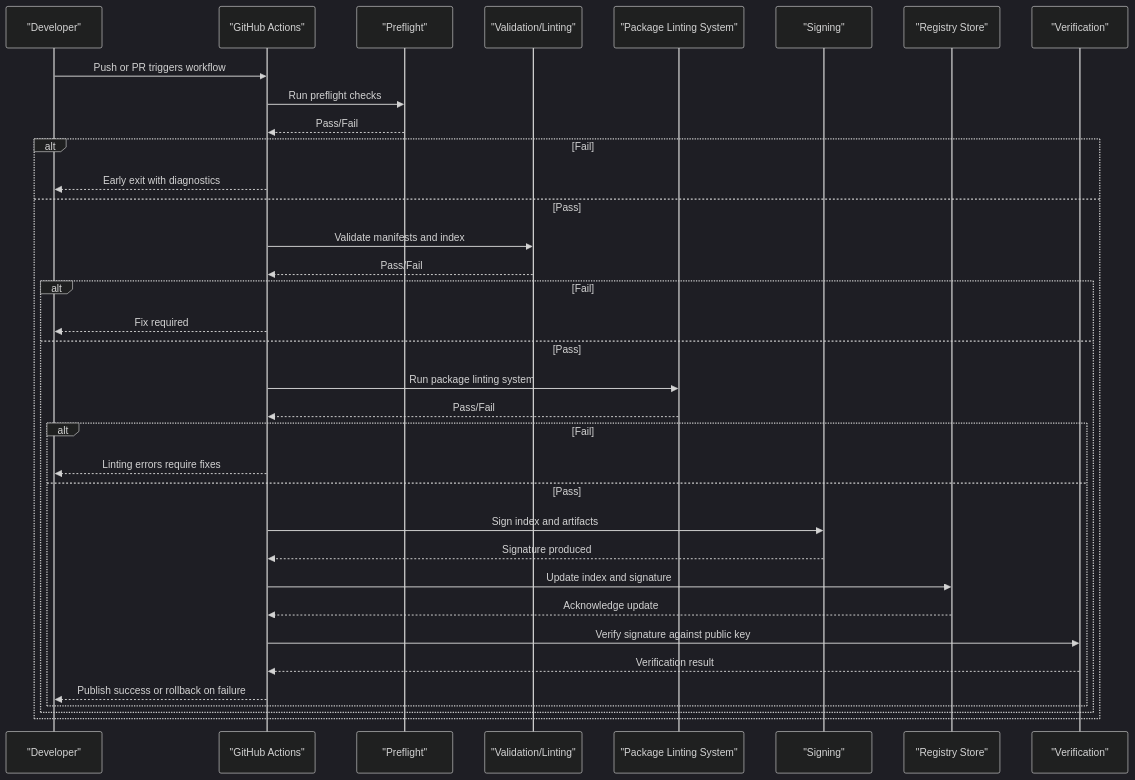
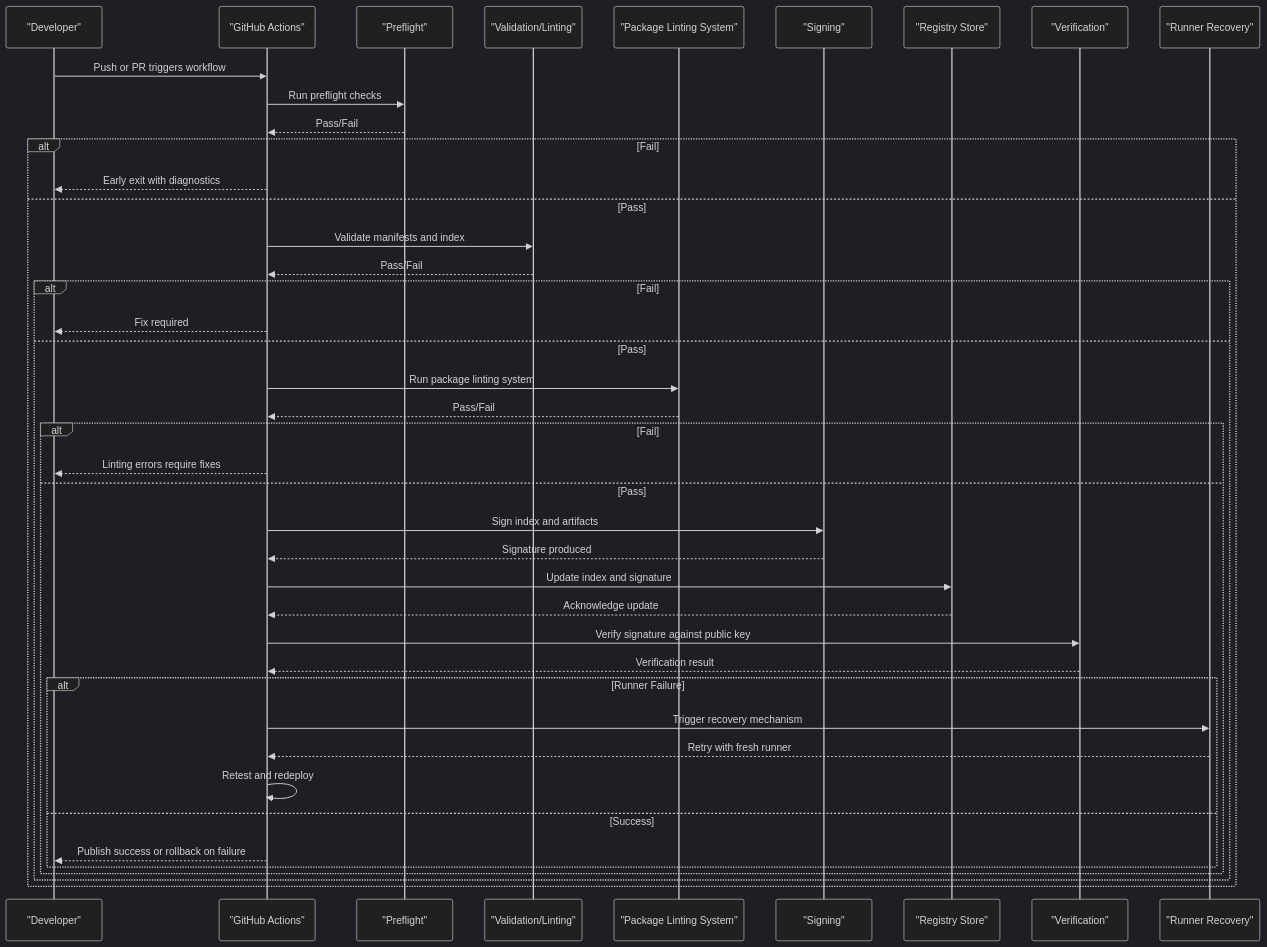
One commit to tonythethompson/numan-registry changed the second of 3 diagrams in .qoder/repowiki/en/content/CI_CD Integration.md. Above: the diagram before and after it, drawn with Mermaid (dark theme). The commit also changed other lines of this file and 14 other files, not shown here.

````diff
--- a/.qoder/repowiki/en/content/CI_CD Integration.md
+++ b/.qoder/repowiki/en/content/CI_CD Integration.md
@@ -119,37 +123,44 @@
 ```mermaid
 sequenceDiagram
 participant Dev as "Developer"
 participant GH as "GitHub Actions"
 participant Preflight as "Preflight"
 participant Validate as "Validation/Linting"
 participant LintSys as "Package Linting System"
 participant Sign as "Signing"
 participant Registry as "Registry Store"
 participant Verify as "Verification"
+participant Recovery as "Runner Recovery"
 Dev->>GH : Push or PR triggers workflow
 GH->>Preflight : Run preflight checks
 Preflight-->>GH : Pass/Fail
 alt Fail
 GH-->>Dev : Early exit with diagnostics
 else Pass
 GH->>Validate : Validate manifests and index
 Validate-->>GH : Pass/Fail
 alt Fail
 GH-->>Dev : Fix required
 else Pass
 GH->>LintSys : Run package linting system
 LintSys-->>GH : Pass/Fail
 alt Fail
 GH-->>Dev : Linting errors require fixes
 else Pass
 GH->>Sign : Sign index and artifacts
 Sign-->>GH : Signature produced
 GH->>Registry : Update index and signature
 Registry-->>GH : Acknowledge update
 GH->>Verify : Verify signature against public key
 Verify-->>GH : Verification result
+alt Runner Failure
+GH->>Recovery : Trigger recovery mechanism
+Recovery-->>GH : Retry with fresh runner
+GH->>GH : Retest and redeploy
+else Success
 GH-->>Dev : Publish success or rollback on failure
 end
 end
 end
+end
 ```
````
